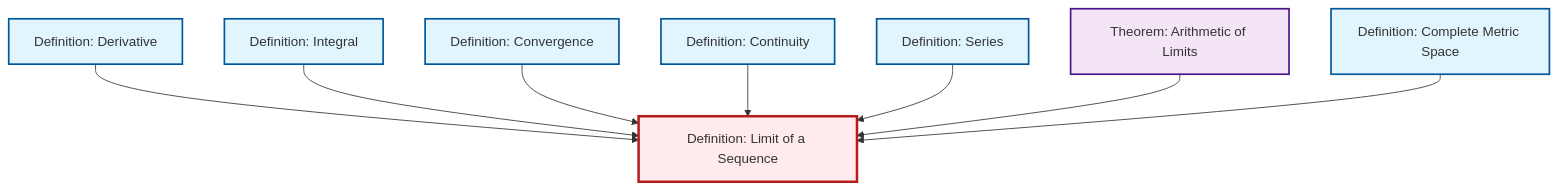
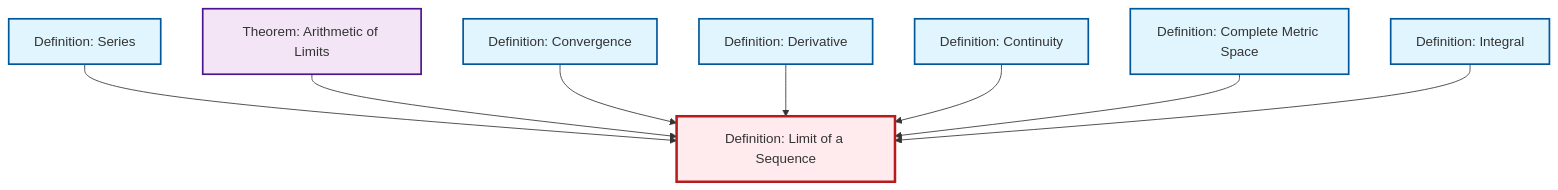
The diagram in content/ja/analysis/def-limit.qmd (RK0429/ModernMath), drawn with Mermaid before and after one commit. The commit also changed other lines of this file and 615 other files, not shown here.

````diff
--- a/content/ja/analysis/def-limit.qmd
+++ b/content/ja/analysis/def-limit.qmd
@@ -49,32 +49,32 @@
 ```{mermaid}
 %%| fig-cap: "Local dependency graph"
 graph TD
     classDef definition fill:#e1f5fe,stroke:#01579b,stroke-width:2px
     classDef theorem fill:#f3e5f5,stroke:#4a148c,stroke-width:2px
     classDef axiom fill:#fff3e0,stroke:#e65100,stroke-width:2px
     classDef example fill:#e8f5e9,stroke:#1b5e20,stroke-width:2px
     classDef current fill:#ffebee,stroke:#b71c1c,stroke-width:3px
     def-series["Definition: Series"]:::definition
+    thm-limit-arithmetic["Theorem: Arithmetic of Limits"]:::theorem
+    def-integral["Definition: Integral"]:::definition
     def-complete-metric-space["Definition: Complete Metric Space"]:::definition
+    def-continuity["Definition: Continuity"]:::definition
+    def-derivative["Definition: Derivative"]:::definition
     def-limit["Definition: Limit of a Sequence"]:::definition
-    def-continuity["Definition: Continuity"]:::definition
     def-convergence["Definition: Convergence"]:::definition
-    def-derivative["Definition: Derivative"]:::definition
-    def-integral["Definition: Integral"]:::definition
-    thm-limit-arithmetic["Theorem: Arithmetic of Limits"]:::theorem
-    def-derivative --> def-limit
-    def-integral --> def-limit
-    def-convergence --> def-limit
-    def-continuity --> def-limit
     def-series --> def-limit
     thm-limit-arithmetic --> def-limit
+    def-convergence --> def-limit
+    def-derivative --> def-limit
+    def-continuity --> def-limit
     def-complete-metric-space --> def-limit
+    def-integral --> def-limit
     class def-limit current
     click def-series "def-series.html" "Definition: Seriesへ"
+    click thm-limit-arithmetic "thm-limit-arithmetic.html" "Theorem: Arithmetic of Limitsへ"
+    click def-integral "def-integral.html" "Definition: Integralへ"
     click def-complete-metric-space "def-complete-metric-space.html" "Definition: Complete Metric Spaceへ"
     click def-continuity "def-continuity.html" "Definition: Continuityへ"
+    click def-derivative "def-derivative.html" "Definition: Derivativeへ"
     click def-convergence "def-convergence.html" "Definition: Convergenceへ"
-    click def-derivative "def-derivative.html" "Definition: Derivativeへ"
-    click def-integral "def-integral.html" "Definition: Integralへ"
-    click thm-limit-arithmetic "thm-limit-arithmetic.html" "Theorem: Arithmetic of Limitsへ"
 ```
````
